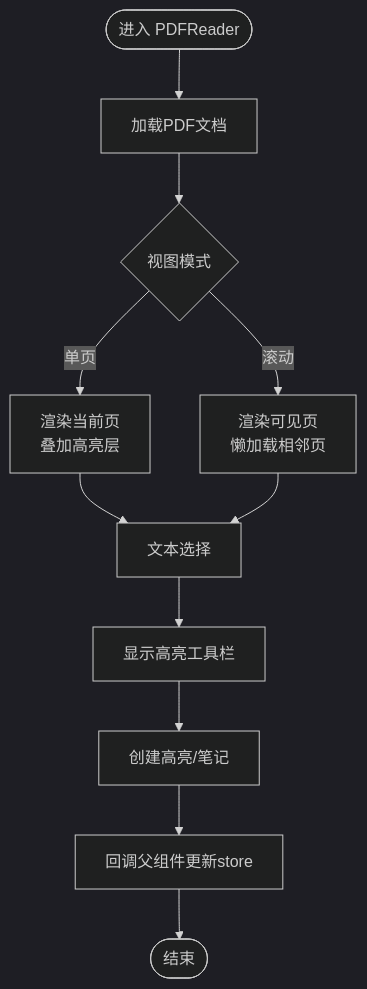
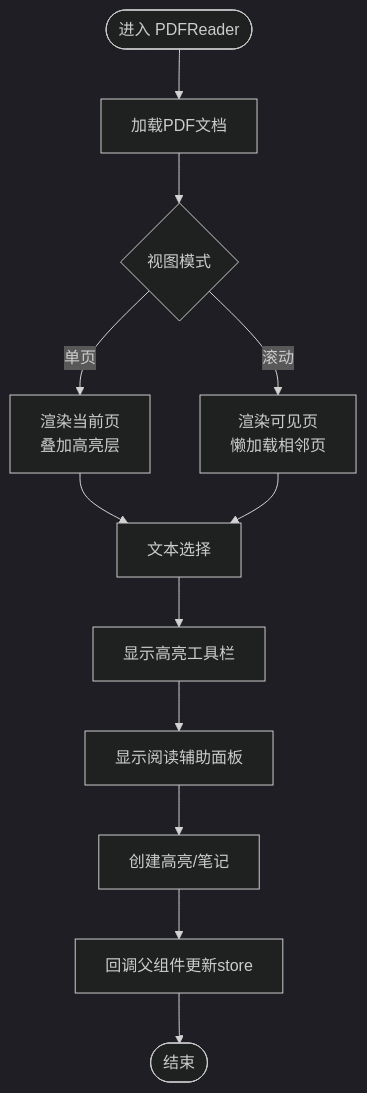
Before and after one commit to laohanhahaha/PaperChat: the fourth of 10 diagrams in .qoder/repowiki/zh/content/前端系统/前端系统.md, drawn with Mermaid (dark theme). The commit also changed other lines of this file and 59 other files, not shown here.

````diff
--- a/.qoder/repowiki/zh/content/前端系统/前端系统.md
+++ b/.qoder/repowiki/zh/content/前端系统/前端系统.md
@@ -276,13 +319,14 @@
 ```mermaid
 flowchart TD
 Start(["进入 PDFReader"]) --> LoadDoc["加载PDF文档"]
 LoadDoc --> ViewMode{"视图模式"}
 ViewMode --> |单页| Single["渲染当前页<br/>叠加高亮层"]
 ViewMode --> |滚动| Scroll["渲染可见页<br/>懒加载相邻页"]
 Single --> Select["文本选择"]
 Scroll --> Select
 Select --> Toolbar["显示高亮工具栏"]
-Toolbar --> CreateHL["创建高亮/笔记"]
+Toolbar --> Assist["显示阅读辅助面板"]
+Assist --> CreateHL["创建高亮/笔记"]
 CreateHL --> Parent["回调父组件更新store"]
 Parent --> End(["结束"])
 ```
````
